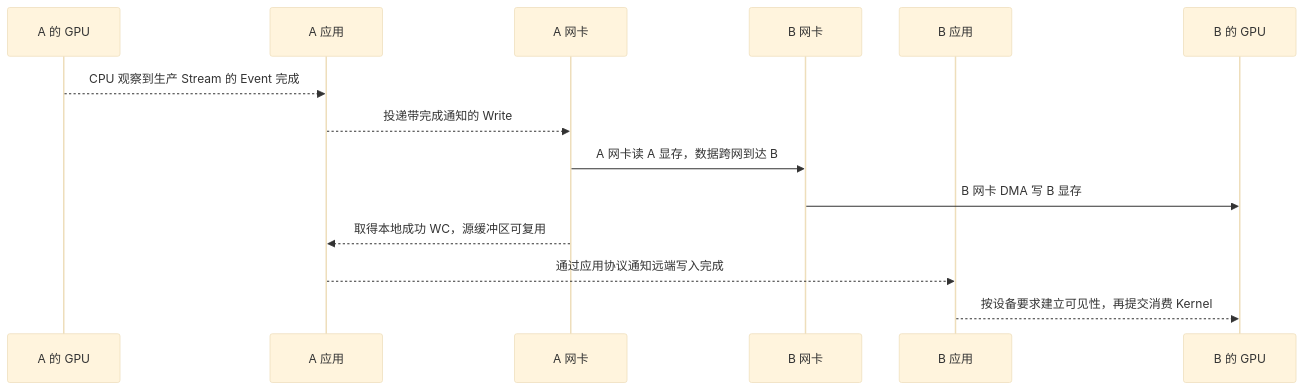
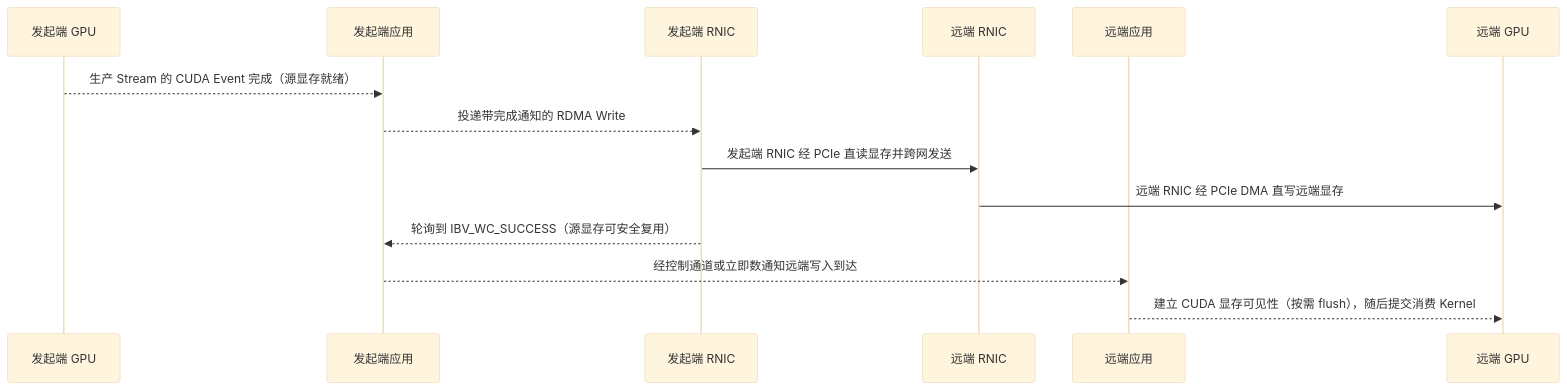
The diagram in AI-Infra/06_从普通网络通信走向RDMA/05_GPUDirect RDMA 的显存路径与同步.md (realtyz/ops-manual), drawn with Mermaid (base theme) before and after one commit. The commit also changed other lines of this file and 194 other files, not shown here.

````diff
--- a/AI-Infra/06_从普通网络通信走向RDMA/05_GPUDirect RDMA 的显存路径与同步.md
+++ b/AI-Infra/06_从普通网络通信走向RDMA/05_GPUDirect RDMA 的显存路径与同步.md
@@ -32,16 +82,17 @@
 ```mermaid
 sequenceDiagram
-    participant AG as A 的 GPU
-    participant A as A 应用
-    participant AN as A 网卡
-    participant BN as B 网卡
-    participant B as B 应用
-    participant BG as B 的 GPU
-    AG-->>A: CPU 观察到生产 Stream 的 Event 完成
-    A-->>AN: 投递带完成通知的 Write
-    AN->>BN: A 网卡读 A 显存，数据跨网到达 B
-    BN->>BG: B 网卡 DMA 写 B 显存
-    AN-->>A: 取得本地成功 WC，源缓冲区可复用
-    A-->>B: 通过应用协议通知远端写入完成
-    B-->>BG: 按设备要求建立可见性，再提交消费 Kernel
+    accDescr: 展示 GPUDirect RDMA 从发起端 GPU 生产数据到远端 GPU 消费数据的端到端同步顺序。发起端需等待生产 CUDA Event 完成后再投递 RDMA Write，并等待本地成功 WC 后才复用源显存；远端收到应用通知后，按 CUDA 要求建立显存可见性（必要时执行 flush），再提交消费 Kernel。
+    participant SG as 发起端 GPU
+    participant SA as 发起端应用
+    participant SN as 发起端 RNIC
+    participant RN as 远端 RNIC
+    participant RA as 远端应用
+    participant RG as 远端 GPU
+    SG-->>SA: 生产 Stream 的 CUDA Event 完成（源显存就绪）
+    SA-->>SN: 投递带完成通知的 RDMA Write
+    SN->>RN: 发起端 RNIC 经 PCIe 直读显存并跨网发送
+    RN->>RG: 远端 RNIC 经 PCIe DMA 直写远端显存
+    SN-->>SA: 轮询到 IBV_WC_SUCCESS（源显存可安全复用）
+    SA-->>RA: 经控制通道或立即数通知远端写入到达
+    RA-->>RG: 建立 CUDA 显存可见性（按需 flush），随后提交消费 Kernel
 ```
````
